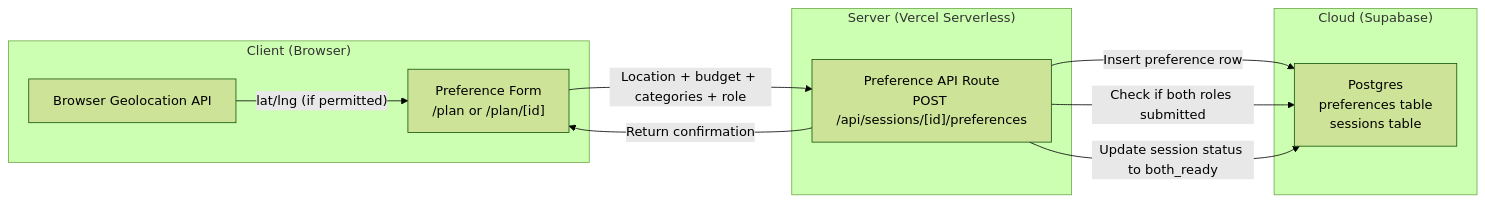
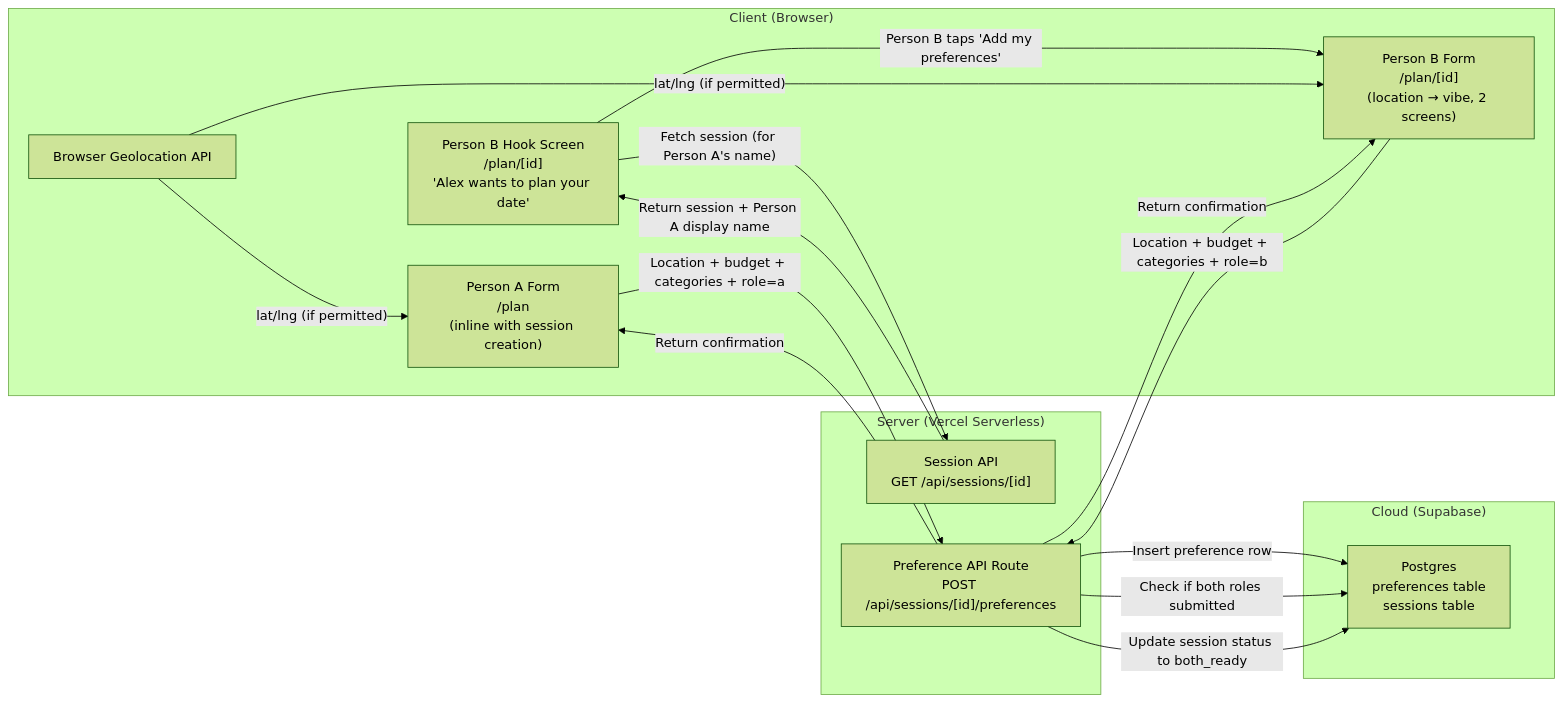
The first of 5 diagrams in docs/dev-specs/ds-02-preference-input.md (Aiden-Barrera/dateflow), drawn with Mermaid (forest theme) before and after one commit. The commit also changed other lines of this file and 7 other files, not shown here.

````diff
--- a/docs/dev-specs/ds-02-preference-input.md
+++ b/docs/dev-specs/ds-02-preference-input.md
@@ -12,22 +22,31 @@
 ```mermaid
 flowchart LR
     subgraph Client["Client (Browser)"]
-        PrefForm["Preference Form<br/>/plan or /plan/[id]"]
+        PersonAForm["Person A Form<br/>/plan<br/>(inline with session creation)"]
+        HookScreen["Person B Hook Screen<br/>/plan/[id]<br/>'Alex wants to plan your date'"]
+        PersonBForm["Person B Form<br/>/plan/[id]<br/>(location → vibe, 2 screens)"]
         GeoAPI["Browser Geolocation API"]
     end
 
     subgraph Server["Server (Vercel Serverless)"]
+        SessionAPI["Session API<br/>GET /api/sessions/[id]"]
         PrefAPI["Preference API Route<br/>POST /api/sessions/[id]/preferences"]
     end
 
     subgraph Cloud["Cloud (Supabase)"]
         Postgres["Postgres<br/>preferences table<br/>sessions table"]
     end
 
-    GeoAPI -- "lat/lng (if permitted)" --> PrefForm
-    PrefForm -- "Location + budget + categories + role" --> PrefAPI
+    HookScreen -- "Fetch session (for Person A's name)" --> SessionAPI
+    SessionAPI -- "Return session + Person A display name" --> HookScreen
+    HookScreen -- "Person B taps 'Add my preferences'" --> PersonBForm
+    GeoAPI -- "lat/lng (if permitted)" --> PersonAForm
+    GeoAPI -- "lat/lng (if permitted)" --> PersonBForm
+    PersonAForm -- "Location + budget + categories + role=a" --> PrefAPI
+    PersonBForm -- "Location + budget + categories + role=b" --> PrefAPI
     PrefAPI -- "Insert preference row" --> Postgres
     PrefAPI -- "Check if both roles submitted" --> Postgres
     PrefAPI -- "Update session status to both_ready" --> Postgres
-    PrefAPI -- "Return confirmation" --> PrefForm
+    PrefAPI -- "Return confirmation" --> PersonAForm
+    PrefAPI -- "Return confirmation" --> PersonBForm
 ```
````
